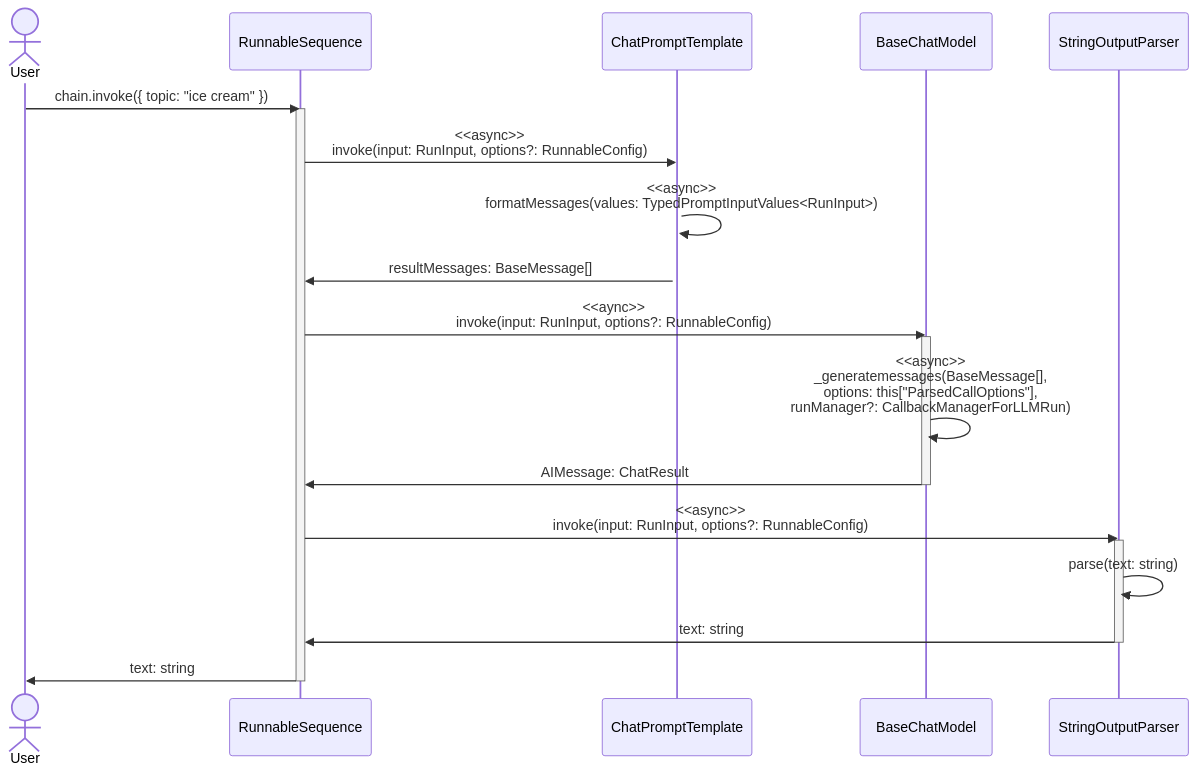
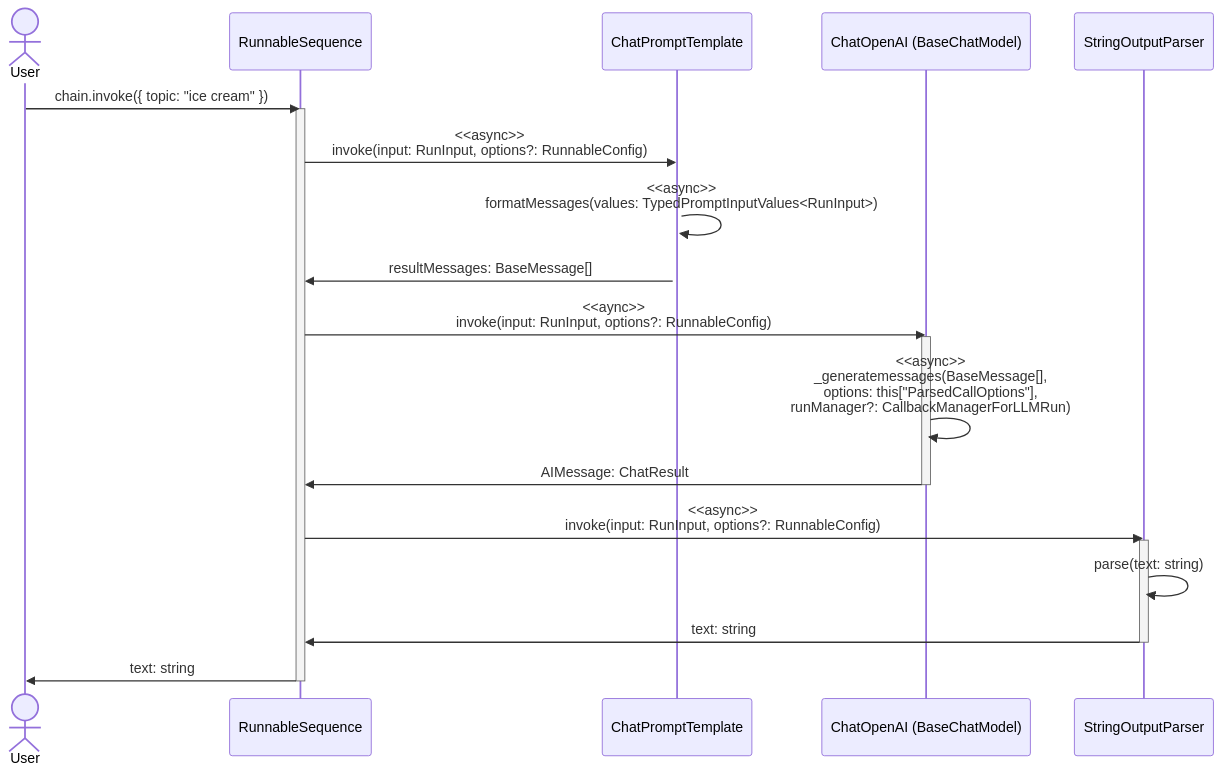
The diagram in Q1/draftfinal.md (ElhananWong/CSCC01-A1), drawn with Mermaid before and after one commit.

Commit message:
change basechatmodel label

````diff
--- a/Q1/draftfinal.md
+++ b/Q1/draftfinal.md
@@ -1,31 +1,31 @@
 ```mermaid
 sequenceDiagram
     actor User;
     participant RS as RunnableSequence;
     participant CPT as ChatPromptTemplate;
-    participant BCM as BaseChatModel;
+    participant BCM as ChatOpenAI (BaseChatModel);
     participant SOP as StringOutputParser;
 
     User->>RS: chain.invoke({ topic: "ice cream" });
     activate RS;
     
     RS->>CPT: <<async>><br>invoke(input: RunInput, options?: RunnableConfig);
     activate CPT;
     CPT->>CPT: <<async>><br>formatMessages(values: TypedPromptInputValues<RunInput>);
     CPT->>RS: resultMessages: BaseMessage[];
 
     RS->>BCM: <<aync>><br>invoke(input: RunInput, options?: RunnableConfig)
     activate BCM
     BCM->>BCM: <<async>><br>_generatemessages(BaseMessage[],<br>options: this["ParsedCallOptions"],<br>runManager?: CallbackManagerForLLMRun)
     BCM->>RS: AIMessage: ChatResult;
     deactivate BCM
     
     RS->>SOP: <<async>><br>invoke(input: RunInput, options?: RunnableConfig);
     activate SOP;
     SOP->>SOP: parse(text: string);
     SOP->>RS: text: string;
     deactivate SOP;
     
     RS->>User: text: string;
     deactivate RS;
 ```
````
